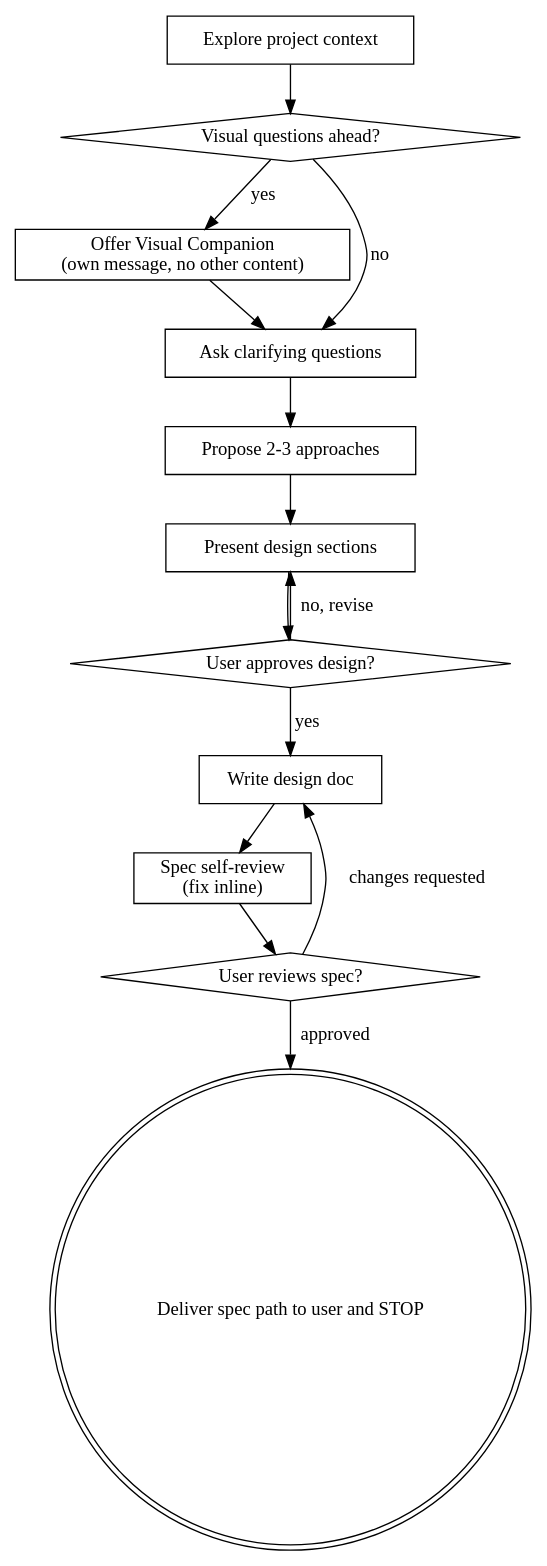
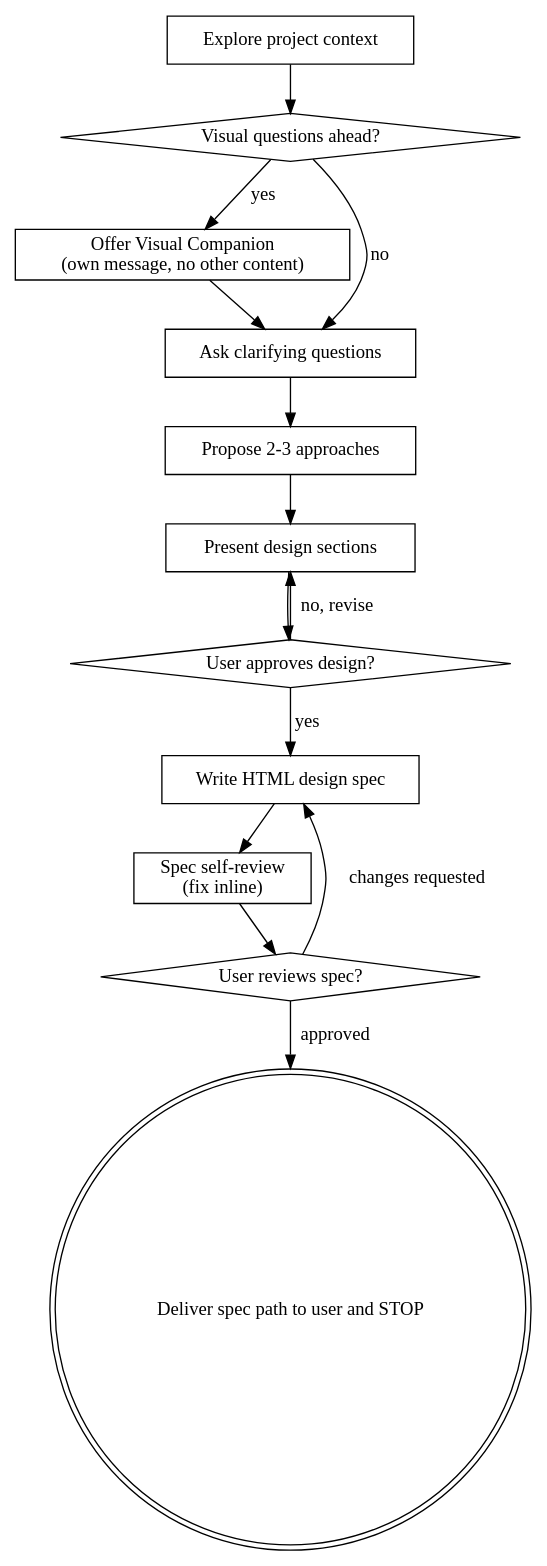
Before and after one commit to bahayonghang/my-ai-cli-toolkit: the diagram in skills/development-workflows/spark/SKILL.md, drawn with Graphviz. The commit also changed other lines of this file and 8 other files, not shown here.

````diff
--- a/skills/development-workflows/spark/SKILL.md
+++ b/skills/development-workflows/spark/SKILL.md
@@ -45,29 +45,29 @@
 ```dot
 digraph brainstorming {
     "Explore project context" [shape=box];
     "Visual questions ahead?" [shape=diamond];
     "Offer Visual Companion\n(own message, no other content)" [shape=box];
     "Ask clarifying questions" [shape=box];
     "Propose 2-3 approaches" [shape=box];
     "Present design sections" [shape=box];
     "User approves design?" [shape=diamond];
-    "Write design doc" [shape=box];
+    "Write HTML design spec" [shape=box];
     "Spec self-review\n(fix inline)" [shape=box];
     "User reviews spec?" [shape=diamond];
     "Deliver spec path to user and STOP" [shape=doublecircle];
 
     "Explore project context" -> "Visual questions ahead?";
     "Visual questions ahead?" -> "Offer Visual Companion\n(own message, no other content)" [label="yes"];
     "Visual questions ahead?" -> "Ask clarifying questions" [label="no"];
     "Offer Visual Companion\n(own message, no other content)" -> "Ask clarifying questions";
     "Ask clarifying questions" -> "Propose 2-3 approaches";
     "Propose 2-3 approaches" -> "Present design sections";
     "Present design sections" -> "User approves design?";
     "User approves design?" -> "Present design sections" [label="no, revise"];
-    "User approves design?" -> "Write design doc" [label="yes"];
-    "Write design doc" -> "Spec self-review\n(fix inline)";
+    "User approves design?" -> "Write HTML design spec" [label="yes"];
+    "Write HTML design spec" -> "Spec self-review\n(fix inline)";
     "Spec self-review\n(fix inline)" -> "User reviews spec?";
-    "User reviews spec?" -> "Write design doc" [label="changes requested"];
+    "User reviews spec?" -> "Write HTML design spec" [label="changes requested"];
     "User reviews spec?" -> "Deliver spec path to user and STOP" [label="approved"];
 }
 ```
````
